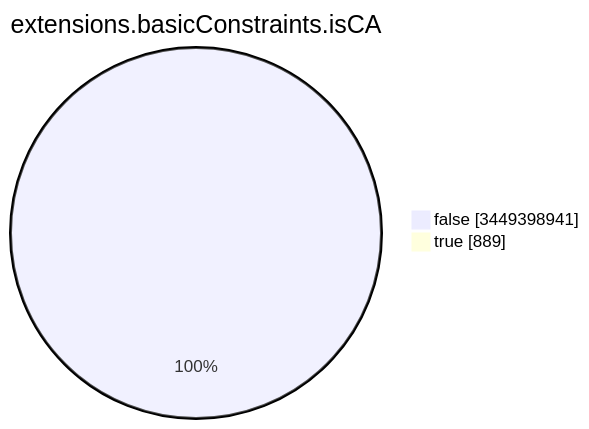
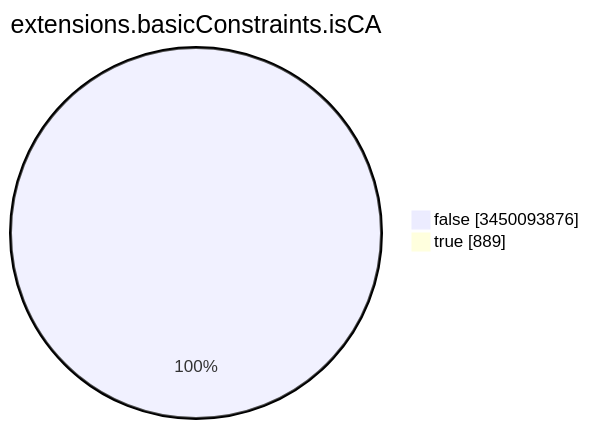
Before and after one commit to christiankrug/ctmonitor_visualization: the seventh of 15 diagrams in TOTAL/README.md, drawn with Mermaid. The commit also changed other lines of this file, not shown here.

````diff
--- a/TOTAL/README.md
+++ b/TOTAL/README.md
@@ -3092,6 +3092,6 @@
 ```mermaid
 pie showData
 title extensions.basicConstraints.isCA
-"false" :3449398941
+"false" :3450093876
 "true" :889
 ```
````
